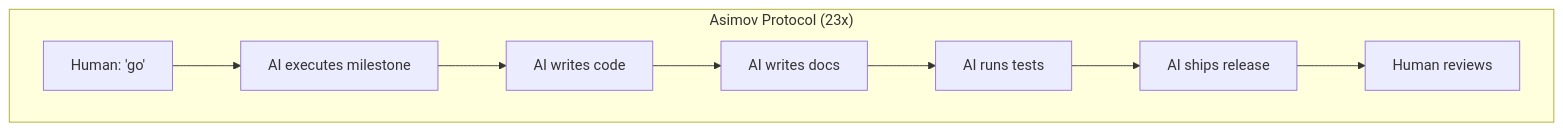
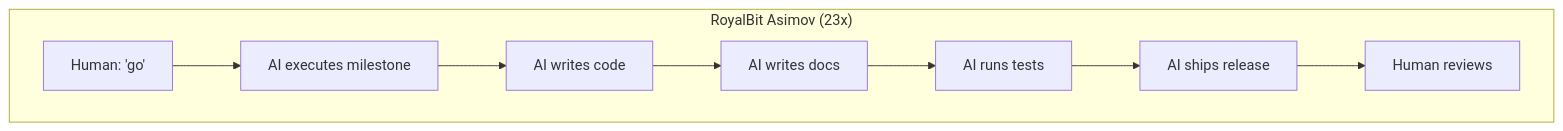
The fourth of 8 diagrams in docs/CASE_STUDY_VELOCITY.md (royalbit/asimov-protocol), drawn with Mermaid before and after one commit. The commit also changed other lines of this file and 63 other files, not shown here.

First line of the commit message:
chore: Rebrand 'Asimov Protocol' → 'RoyalBit Asimov'

````diff
--- a/docs/CASE_STUDY_VELOCITY.md
+++ b/docs/CASE_STUDY_VELOCITY.md
@@ -72,12 +72,12 @@
 ```mermaid
 flowchart LR
-    subgraph Asimov ["Asimov Protocol (23x)"]
+    subgraph Asimov ["RoyalBit Asimov (23x)"]
         direction LR
         A1[Human: 'go'] --> A2[AI executes milestone]
         A2 --> A3[AI writes code]
         A3 --> A4[AI writes docs]
         A4 --> A5[AI runs tests]
         A5 --> A6[AI ships release]
         A6 --> A7[Human reviews]
     end
 ```
````
